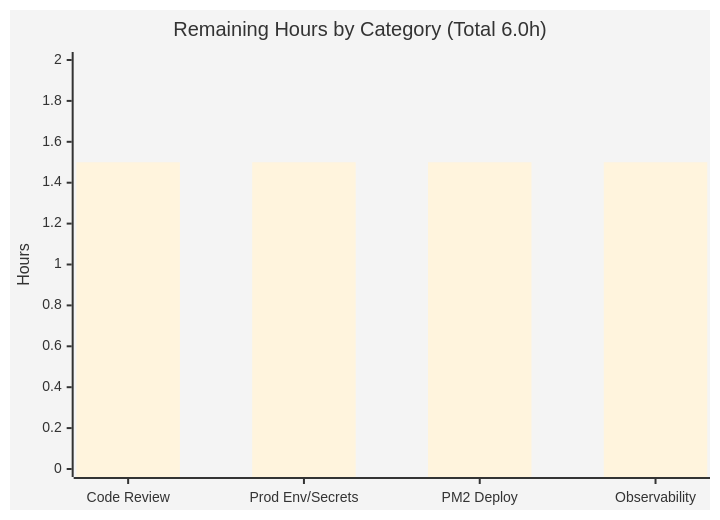
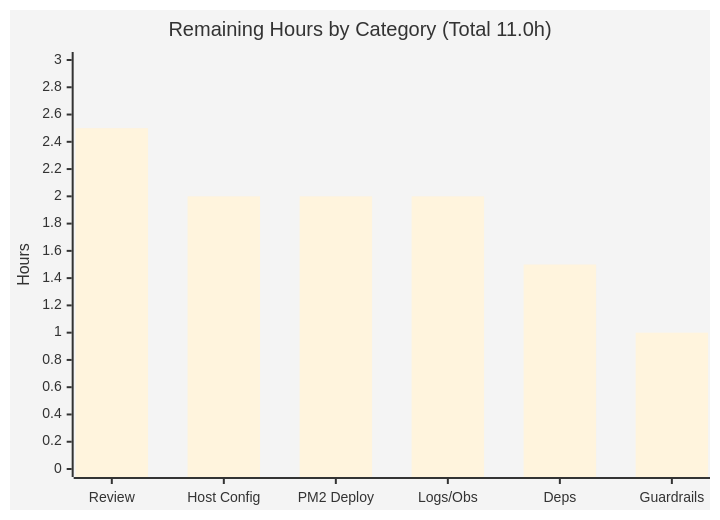
Before and after one commit to Sandeep02Kumar02/29-dec-existing-projects-qa-test-2: the third of 3 diagrams in blitzy/documentation/Project Guide.md, drawn with Mermaid. The commit also changed other lines of this file, not shown here.

Commit message:
Adding Blitzy Project Guide: Project Status and Human Tasks Remaining

````diff
--- a/blitzy/documentation/Project Guide.md
+++ b/blitzy/documentation/Project Guide.md
@@ -203,8 +244,8 @@
 ```mermaid
 %%{init: {'theme':'base','themeVariables':{'xyChartBarColor':'#5B39F3'}}}%%
 xychart-beta
-    title "Remaining Hours by Category (Total 6.0h)"
-    x-axis ["Code Review", "Prod Env/Secrets", "PM2 Deploy", "Observability"]
-    y-axis "Hours" 0 --> 2
-    bar [1.5, 1.5, 1.5, 1.5]
+    title "Remaining Hours by Category (Total 11.0h)"
+    x-axis ["Review", "Host Config", "PM2 Deploy", "Logs/Obs", "Deps", "Guardrails"]
+    y-axis "Hours" 0 --> 3
+    bar [2.5, 2, 2, 2, 1.5, 1]
 ```
````
